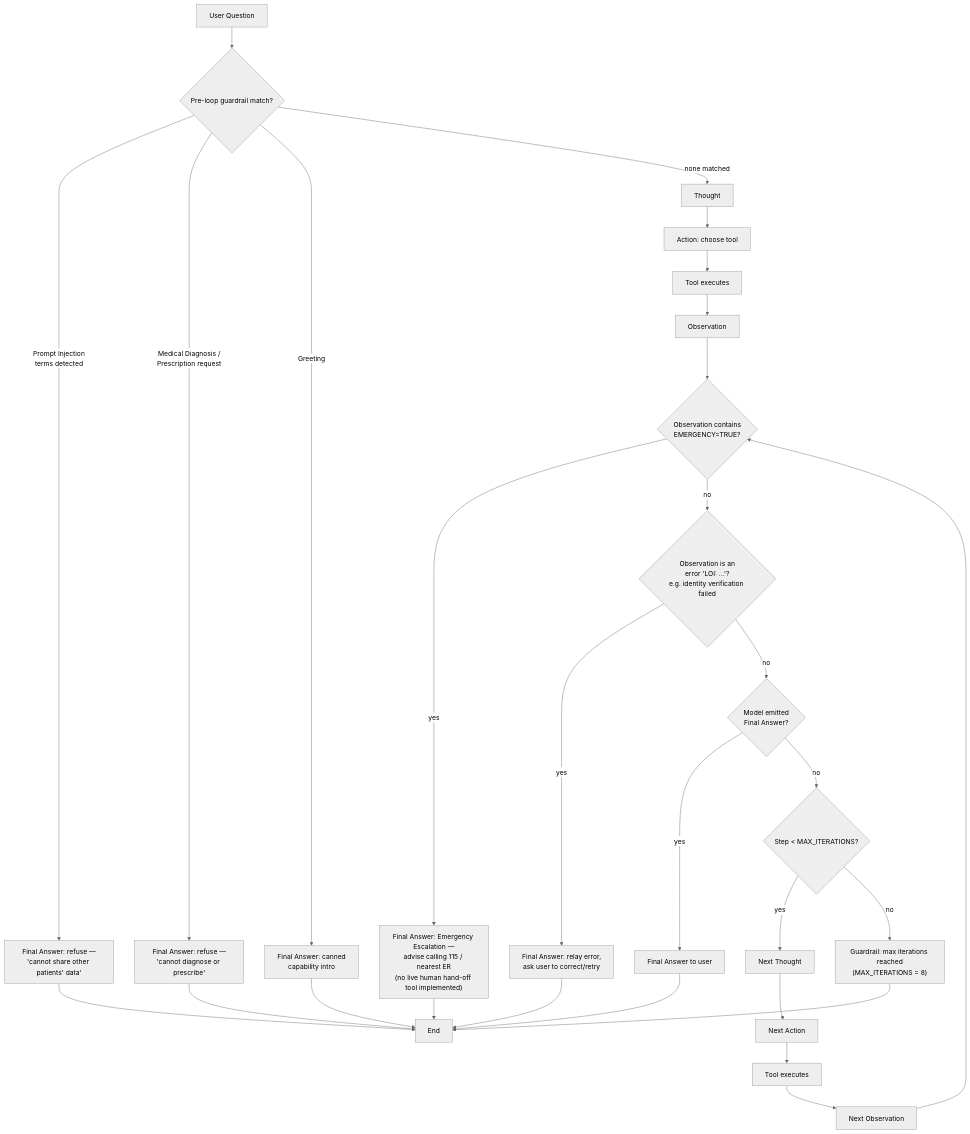
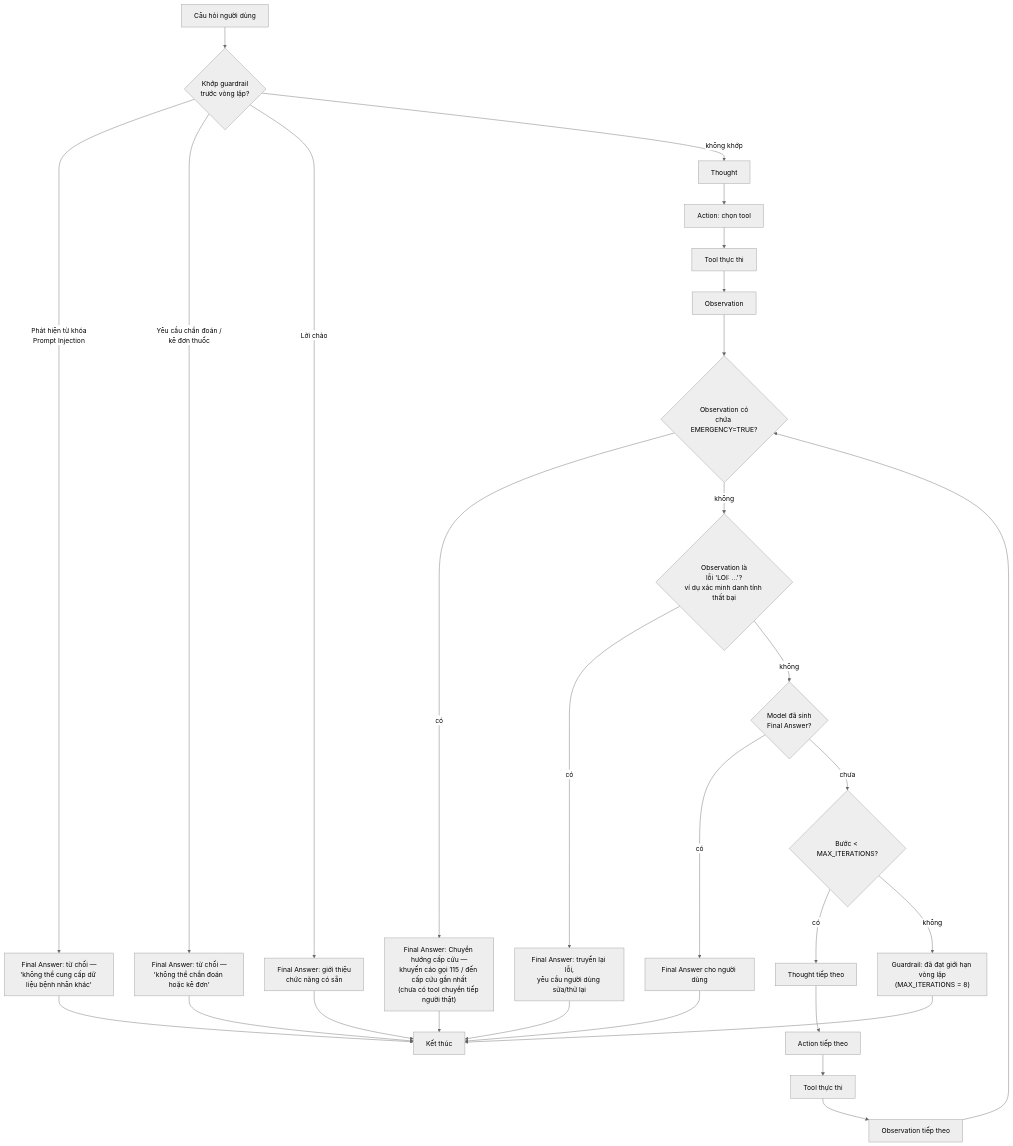
One commit to danhnahh/K4-Day03-C1-3-E403 changed the second of 3 diagrams in docs/architecture.md. Above: the diagram before and after it, drawn with Mermaid (neutral theme). The commit also changed other lines of this file, not shown here.

````diff
--- a/docs/architecture.md
+++ b/docs/architecture.md
@@ -150,30 +150,30 @@
 ```mermaid
 flowchart TD
-    Q[User Question] --> PRE{Pre-loop guardrail match?}
-    PRE -- "Prompt Injection<br/>terms detected" --> ESC1["Final Answer: refuse —<br/>'cannot share other patients' data'"]
-    PRE -- "Medical Diagnosis /<br/>Prescription request" --> ESC2["Final Answer: refuse —<br/>'cannot diagnose or prescribe'"]
-    PRE -- "Greeting" --> ESC3["Final Answer: canned<br/>capability intro"]
-    PRE -- "none matched" --> T1[Thought]
+    Q[Câu hỏi người dùng] --> PRE{Khớp guardrail<br/>trước vòng lặp?}
+    PRE -- "Phát hiện từ khóa<br/>Prompt Injection" --> ESC1["Final Answer: từ chối —<br/>'không thể cung cấp dữ liệu bệnh nhân khác'"]
+    PRE -- "Yêu cầu chẩn đoán /<br/>kê đơn thuốc" --> ESC2["Final Answer: từ chối —<br/>'không thể chẩn đoán hoặc kê đơn'"]
+    PRE -- "Lời chào" --> ESC3["Final Answer: giới thiệu<br/>chức năng có sẵn"]
+    PRE -- "không khớp" --> T1[Thought]
 
-    T1 --> A1[Action: choose tool]
-    A1 --> TL[Tool executes]
+    T1 --> A1[Action: chọn tool]
+    A1 --> TL[Tool thực thi]
     TL --> O1[Observation]
 
-    O1 --> CHK{Observation contains<br/>EMERGENCY=TRUE?}
-    CHK -- "yes" --> ESCE["Final Answer: Emergency Escalation —<br/>advise calling 115 / nearest ER<br/>(no live human hand-off tool implemented)"]
-    CHK -- "no" --> CHK2{Observation is an<br/>error 'LOI: ...'?<br/>e.g. identity verification failed}
-    CHK2 -- "yes" --> ESCV["Final Answer: relay error,<br/>ask user to correct/retry"]
-    CHK2 -- "no" --> CHK3{Model emitted<br/>Final Answer?}
-    CHK3 -- "yes" --> DONE[Final Answer to user]
-    CHK3 -- "no" --> LIM{Step < MAX_ITERATIONS?}
-    LIM -- "yes" --> T2[Next Thought] --> A2[Next Action] --> TL2[Tool executes] --> O2[Next Observation] --> CHK
-    LIM -- "no" --> GLIM["Guardrail: max iterations reached<br/>(MAX_ITERATIONS = 8)"]
+    O1 --> CHK{Observation có<br/>chứa EMERGENCY=TRUE?}
+    CHK -- "có" --> ESCE["Final Answer: Chuyển hướng cấp cứu —<br/>khuyến cáo gọi 115 / đến cấp cứu gần nhất<br/>(chưa có tool chuyển tiếp người thật)"]
+    CHK -- "không" --> CHK2{Observation là<br/>lỗi 'LOI: ...'?<br/>ví dụ xác minh danh tính thất bại}
+    CHK2 -- "có" --> ESCV["Final Answer: truyền lại lỗi,<br/>yêu cầu người dùng sửa/thử lại"]
+    CHK2 -- "không" --> CHK3{Model đã sinh<br/>Final Answer?}
+    CHK3 -- "có" --> DONE[Final Answer cho người dùng]
+    CHK3 -- "chưa" --> LIM{Bước < MAX_ITERATIONS?}
+    LIM -- "có" --> T2[Thought tiếp theo] --> A2[Action tiếp theo] --> TL2[Tool thực thi] --> O2[Observation tiếp theo] --> CHK
+    LIM -- "không" --> GLIM["Guardrail: đã đạt giới hạn vòng lặp<br/>(MAX_ITERATIONS = 8)"]
 
-    ESC1 --> END[End]
+    ESC1 --> END[Kết thúc]
     ESC2 --> END
     ESC3 --> END
     ESCE --> END
     ESCV --> END
     DONE --> END
     GLIM --> END
 ```
````
